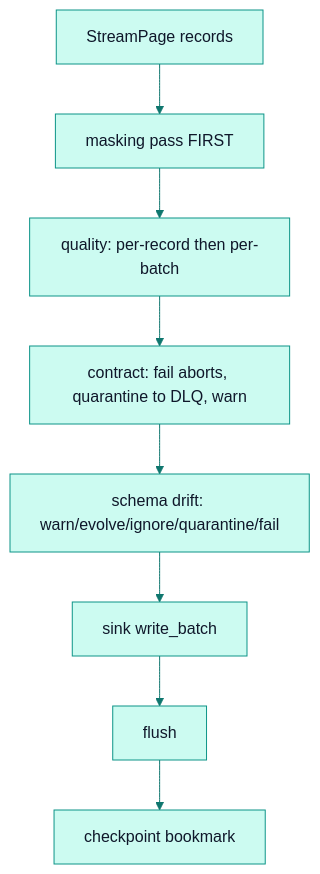
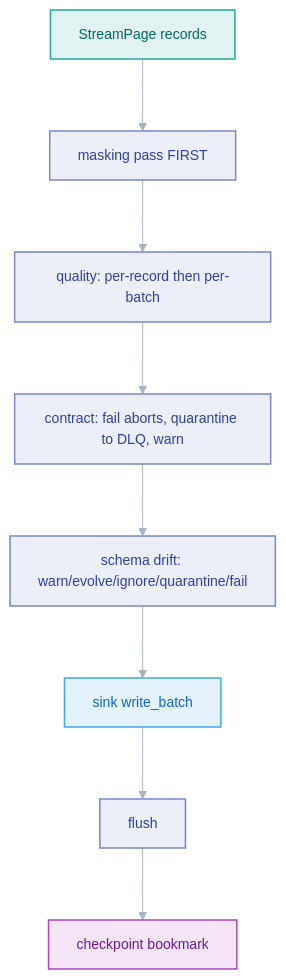
The diagram in docs/architecture/schema.md (PawanSikawat/faucet-stream), drawn with Mermaid before and after one commit. The commit also changed 28 other files, not shown here.

First line of the commit message:
docs: upgrade Mermaid diagrams to V2 role-coded style

````diff
--- a/docs/architecture/schema.md
+++ b/docs/architecture/schema.md
@@ -37,11 +37,19 @@
 ```mermaid
-%%{init: {'theme':'base','themeVariables':{'primaryColor':'#ccfbf1','primaryTextColor':'#0f172a','primaryBorderColor':'#0d9488','lineColor':'#0f766e','secondaryColor':'#e0f2fe','tertiaryColor':'#f0fdfa','fontFamily':'-apple-system,BlinkMacSystemFont,Segoe UI,sans-serif'}}}%%
+%%{init: {'theme':'base','flowchart':{'curve':'basis','nodeSpacing':50,'rankSpacing':72,'padding':14},'themeVariables':{'fontFamily':'-apple-system,BlinkMacSystemFont,Segoe UI,sans-serif','fontSize':'14px','lineColor':'#a5b4c4','clusterBkg':'#f8fafc','clusterBorder':'#e2e8f0'}}}%%
 flowchart TD
     PG[StreamPage records] --> M[masking pass FIRST]
     M --> Q[quality: per-record then per-batch]
     Q --> C[contract: fail aborts, quarantine to DLQ, warn]
     C --> D[schema drift: warn/evolve/ignore/quarantine/fail]
     D --> WR[sink write_batch]
     WR --> FL[flush]
     FL --> CK[checkpoint bookmark]
+    classDef src fill:#e0f2f1,stroke:#26a69a,stroke-width:1.5px,color:#00695c
+    classDef proc fill:#eceff8,stroke:#7986cb,stroke-width:1.5px,color:#303f9f
+    classDef store fill:#f3e5f5,stroke:#ab47bc,stroke-width:1.5px,color:#6a1b9a
+    classDef sink fill:#e3f2fd,stroke:#42a5f5,stroke-width:1.5px,color:#1565c0
+    class PG src
+    class M,Q,C,D,FL proc
+    class CK store
+    class WR sink
 ```
````
